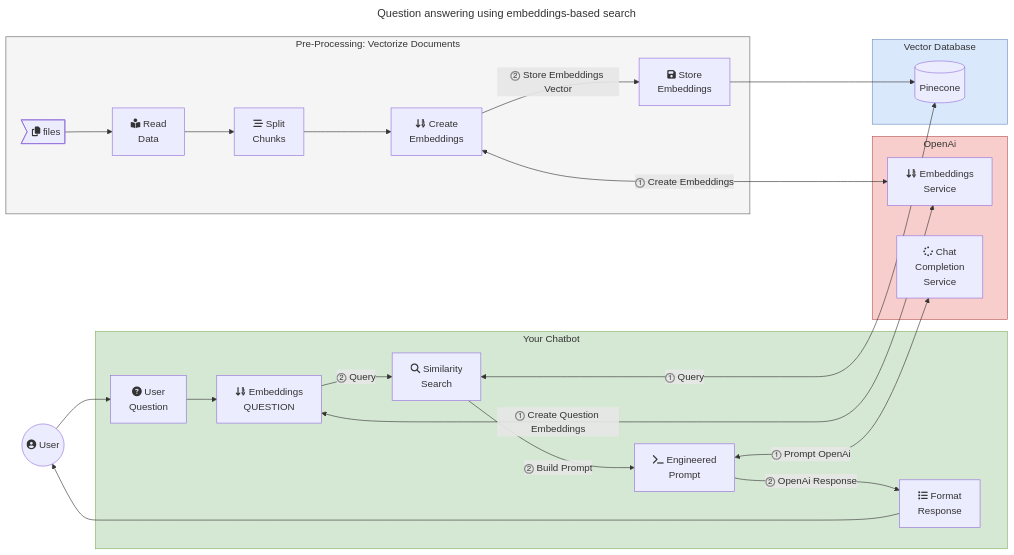
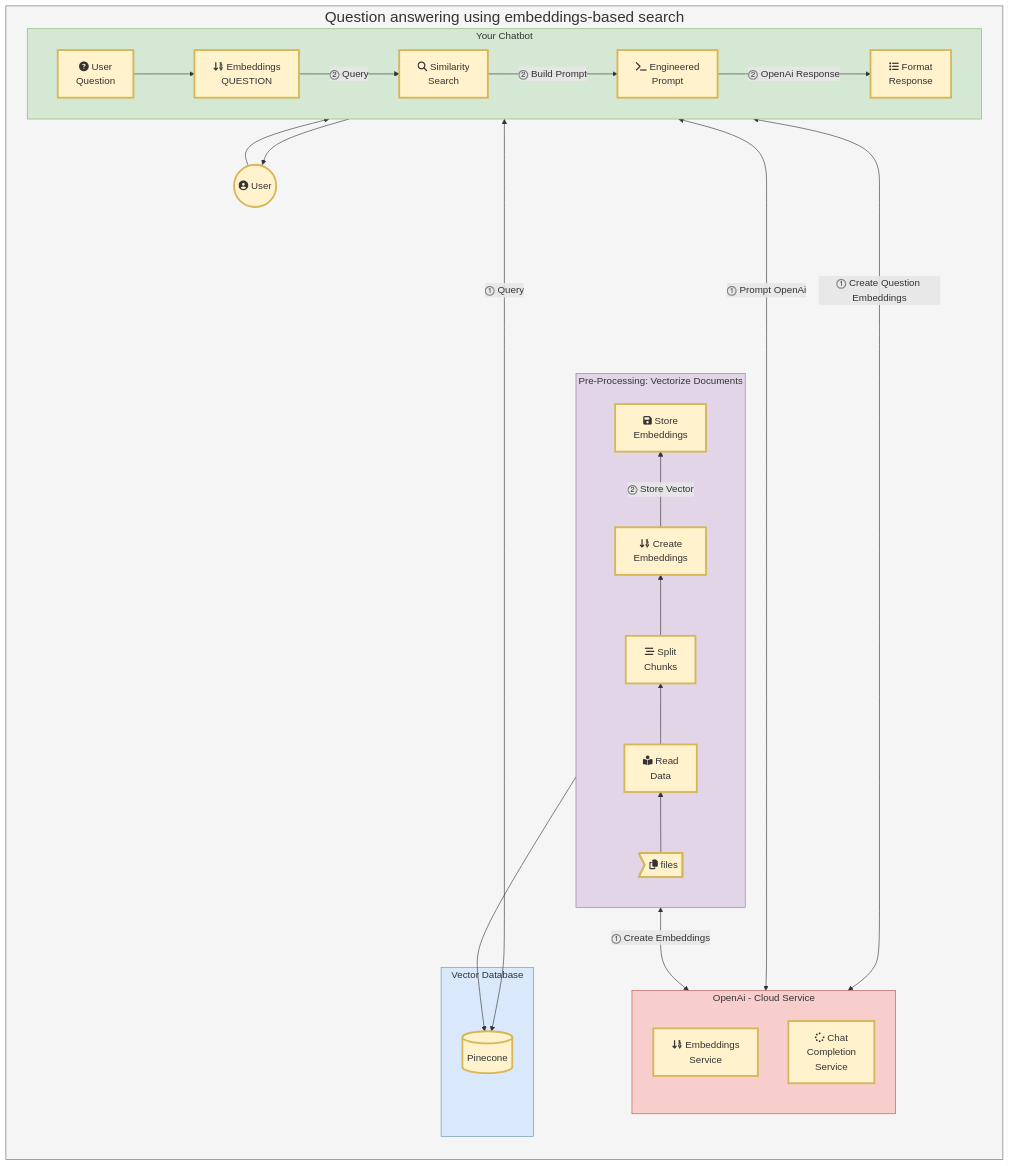
Before and after one commit to GFT-Tech/GFT.TechSnacks.LLMs: the diagram in slides/architecture.mmd, drawn with Mermaid. The commit also changed 1 other file, not shown here.

```diff
--- a/slides/architecture.mmd
+++ b/slides/architecture.mmd
@@ -1,64 +1,76 @@
----
-title: Question answering using embeddings-based search
----
 flowchart LR
     %% declarations
     USER(("fa:fa-user-circle User "))
     PINECONE[(Pinecone)]
     FILES>fa:fa-copy files]
     READ[fa:fa-book-reader Read\nData]
     SPLIT[fa:fa-stream Split\nChunks]
     EMBEDDINGS[fa:fa-sort-numeric-down Create\nEmbeddings]
     STORE[fa:fa-save Store\nEmbeddings]
     EMBEDDINGS2[fa:fa-sort-numeric-down Embeddings\nQUESTION]
     QUERY[fa:fa-search Similarity\nSearch]
     QUESTION[fa:fa-question-circle User\nQuestion]
     PROMPT[fa:fa-terminal Engineered\nPrompt]
     AI-EMBEDDINGS[fa:fa-sort-numeric-down Embeddings\nService]
     CHAT-COMPLETION[fa:fa-spinner Chat\nCompletion\nService]
     RESPONSE[fa:fa-list Format \nResponse]
     %%styles
-    classDef gray fill:#F5F5F5,stroke:#666666;
+    classDef process fill:#FFF2CC,stroke:#D6B656,stroke-width:3px;
+    classDef purple fill:#E1D5E7,stroke:#9673A6;
     classDef blue fill:#DAE8FC,stroke:#6C8EBF;
     classDef red fill:#F8CECC,stroke:#B85450;
     classDef green fill:#D5E8D4,stroke:#82B366;
-
+    classDef overview fill:#F5F5F5,stroke:#666666,font-size:25px;
     %% FLow
-    subgraph OPENAI[OpenAi]
-        AI-EMBEDDINGS
-        CHAT-COMPLETION
+    subgraph OVERVIEW[Question answering using embeddings-based search]
+        USER --> QUESTION
+        RESPONSE-->USER
+        STORE --> PINECONE
+        QUERY <---->|"⓵ Query"| PINECONE
+        subgraph OPENAI[OpenAi - Cloud Service]
+            direction BT
+            AI-EMBEDDINGS
+            CHAT-COMPLETION
+        end
+        subgraph PROCESS[Pre-Processing: Vectorize Documents]
+            direction BT
+            FILES --> READ
+            READ --> SPLIT
+            SPLIT --> EMBEDDINGS
+            EMBEDDINGS <-->|"⓵ Create Embeddings"| AI-EMBEDDINGS
+            EMBEDDINGS -->|"⓶ Store Vector"| STORE
+        end
+        subgraph VECTORDB[Vector Database]
+            PINECONE
+        end
+        subgraph CHATBOT[Your Chatbot]
+            direction LR
+            QUESTION --> EMBEDDINGS2
+            EMBEDDINGS2 <------>|"⓵ Create Question Embeddings"| AI-EMBEDDINGS
+            EMBEDDINGS2 -->|"⓶ Query"| QUERY
+            QUERY -->|"⓶ Build Prompt"| PROMPT
+            PROMPT <-->|"⓵ Prompt OpenAi"| CHAT-COMPLETION
+            PROMPT -->|"⓶ OpenAi Response"| RESPONSE
+        end
     end
-    
-    subgraph VECTORDB[Vector Database]
-        PINECONE
-    end
-
-    subgraph PROCESS[Pre-Processing: Vectorize Documents]
-        FILES --> READ
-        READ --> SPLIT
-        SPLIT --> EMBEDDINGS
-        EMBEDDINGS <-->|"⓵ Create Embeddings"| AI-EMBEDDINGS
-        EMBEDDINGS -->|"⓶ Store Embeddings Vector"| STORE        
-    end
-    STORE --> PINECONE
-
-    subgraph CHATBOT[Your Chatbot]
-        RESPONSE
-        QUESTION --> EMBEDDINGS2
-        EMBEDDINGS2 <-->|"⓵ Create Question Embeddings"| AI-EMBEDDINGS
-        EMBEDDINGS2 -->|"⓶ Query"| QUERY
-        QUERY -->|"⓶ Build Prompt"| PROMPT
-        PROMPT <-->|"⓵ Prompt OpenAi"| CHAT-COMPLETION
-        PROMPT -->|"⓶ OpenAi Response"| RESPONSE
-    end
-
-    QUERY <-->|"⓵ Query"| PINECONE
-    USER --> QUESTION
-    RESPONSE-->USER
-    
     %%styles
     class OPENAI red;
     class VECTORDB blue;
-    class PROCESS gray;
+    class PROCESS purple;
     class OPENAI red;
     class CHATBOT green;
+    class USER process;
+    class PINECONE process;
+    class FILES process;
+    class READ process;
+    class SPLIT process;
+    class EMBEDDINGS process;
+    class STORE process;
+    class EMBEDDINGS2 process;
+    class QUERY process;
+    class QUESTION process;
+    class PROMPT process;
+    class AI-EMBEDDINGS process;
+    class CHAT-COMPLETION process;
+    class RESPONSE process;
+    class OVERVIEW overview;
```
